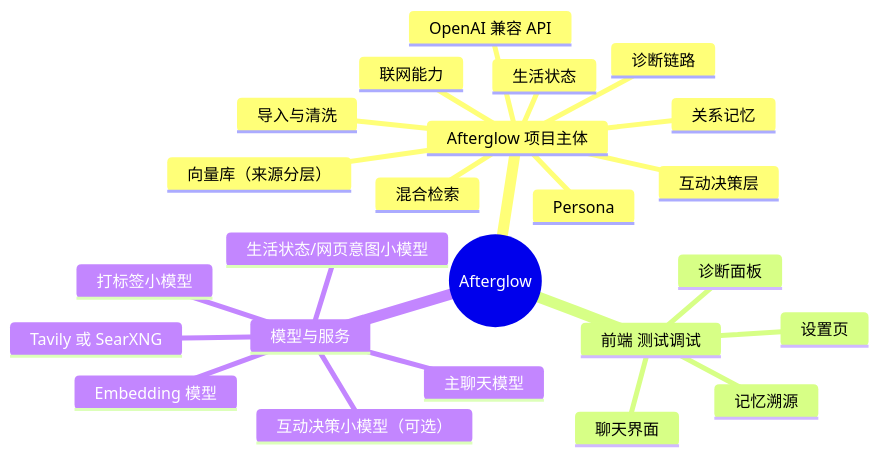
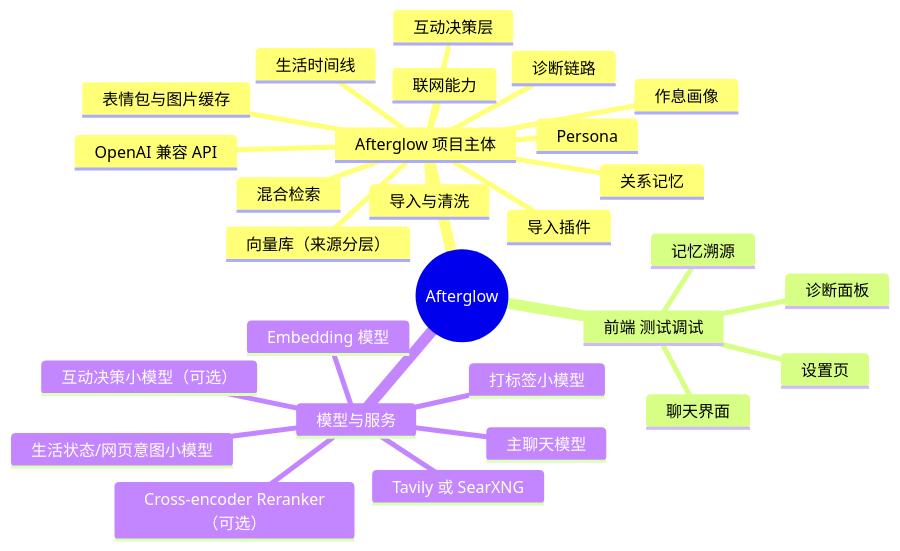
Before and after one commit to GuDong2003/Afterglow: the second of 2 diagrams in README.md, drawn with Mermaid. The commit also changed other lines of this file and 2 other files, not shown here.

````diff
--- a/README.md
+++ b/README.md
@@ -192,27 +211,31 @@
 ```mermaid
 mindmap
   root((Afterglow))
     Afterglow 项目主体
       导入与清洗
+      导入插件
       向量库（来源分层）
       混合检索
       Persona
-      生活状态
+      作息画像
+      生活时间线
       关系记忆
       互动决策层
       联网能力
+      表情包与图片缓存
       OpenAI 兼容 API
       诊断链路
     前端 测试调试
       聊天界面
       记忆溯源
       设置页
       诊断面板
     模型与服务
       主聊天模型
       Embedding 模型
       打标签小模型
       生活状态/网页意图小模型
       互动决策小模型（可选）
+      Cross-encoder Reranker（可选）
       Tavily 或 SearXNG
 ```
````
